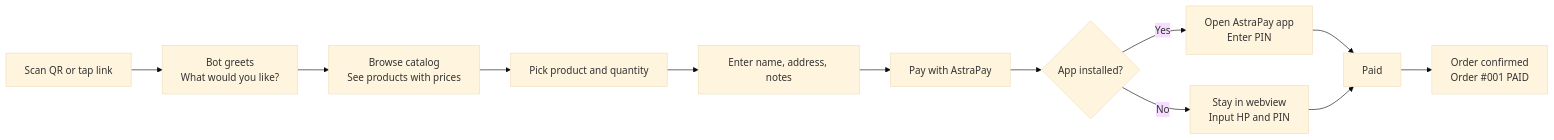
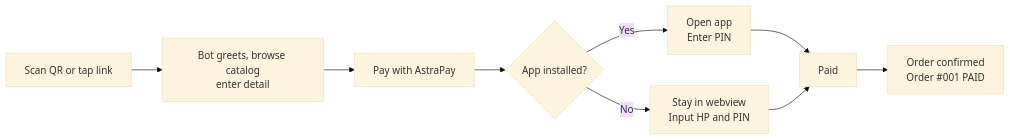
Before and after one commit to wmprawiro/astrapay-hackathon-2026: diagram 12 of 12 in doc/flow.md, drawn with Mermaid (base theme).

Commit message:
refactor: simplify customer flow diagram, merge browse and detail steps

````diff
--- a/doc/flow.md
+++ b/doc/flow.md
@@ -680,15 +680,12 @@
 ```mermaid
 flowchart LR
     A[Scan QR or tap link]
-    A --> B[Bot greets<br/>What would you like?]
-    B --> C[Browse catalog<br/>See products with prices]
-    C --> D[Pick product and quantity]
-    D --> E[Enter name, address, notes]
-    E --> F[Pay with AstraPay]
-    F --> G{App installed?}
-    G -->|Yes| H[Open AstraPay app<br/>Enter PIN]
-    G -->|No| I[Stay in webview<br/>Input HP and PIN]
-    H --> J[Paid]
-    I --> J
-    J --> K[Order confirmed<br/>Order #001 PAID]
+    A --> B[Bot greets, browse catalog<br/>enter detail]
+    B --> C[Pay with AstraPay]
+    C --> D{App installed?}
+    D -->|Yes| E[Open app<br/>Enter PIN]
+    D -->|No| F[Stay in webview<br/>Input HP and PIN]
+    E --> G[Paid]
+    F --> G
+    G --> H[Order confirmed<br/>Order #001 PAID]
 ```
````
